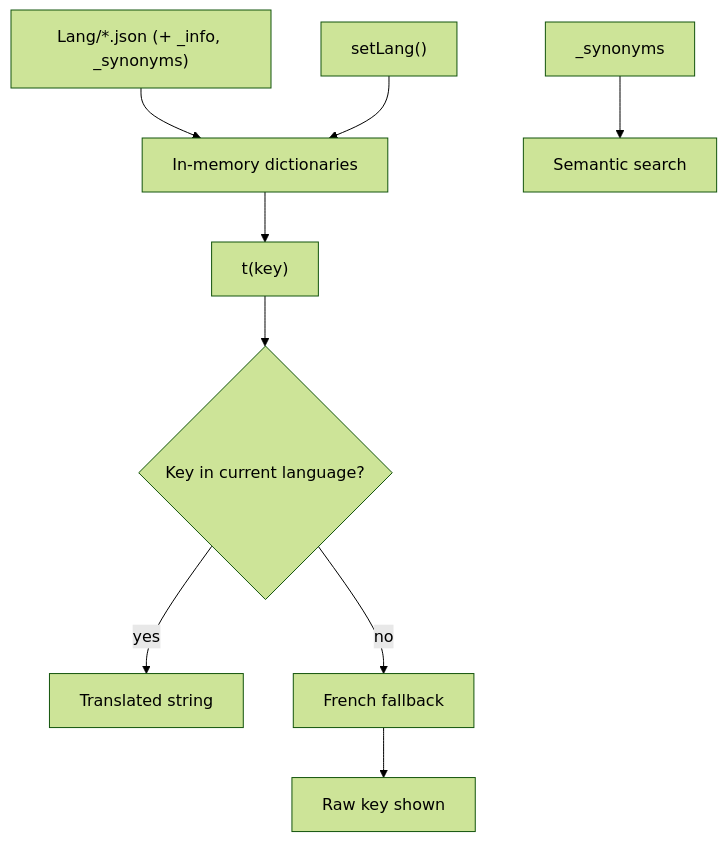
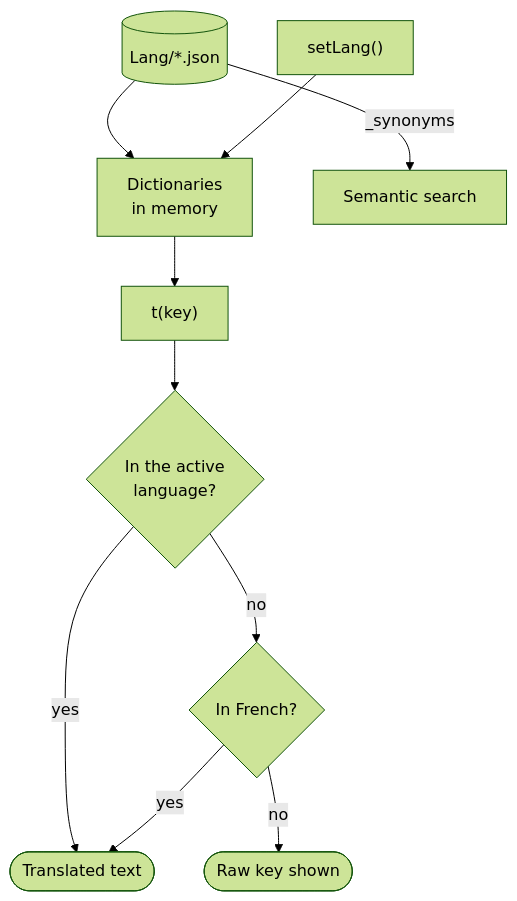
Before and after one commit to FreeProject089/BetterModsManager: the third of 3 diagrams in frontend/assets/docs/en/how-it-works/extending.md, drawn with Mermaid (forest theme). The commit also changed other lines of this file and 176 other files, not shown here.

````diff
--- a/frontend/assets/docs/en/how-it-works/extending.md
+++ b/frontend/assets/docs/en/how-it-works/extending.md
@@ -69,10 +79,12 @@
 ```mermaid
-graph TD
-    LANGFILES["Lang/*.json (+ _info, _synonyms)"] --> DICTS["In-memory dictionaries"]
+flowchart TD
+    LANGFILES[("Lang/*.json")] --> DICTS["Dictionaries<br/>in memory"]
+    SWITCH["setLang()"] --> DICTS
     DICTS --> T["t(key)"]
-    T --> CUR{Key in current language?}
-    CUR -- yes --> OUT["Translated string"]
-    CUR -- no --> FRFALL["French fallback"] --> RAWKEY["Raw key shown"]
-    SWITCH["setLang()"] --> DICTS
-    SYN["_synonyms"] --> SEARCH["Semantic search"]
+    T --> CUR{"In the active<br/>language?"}
+    CUR -- "yes" --> OUT(["Translated text"])
+    CUR -- "no" --> FR{"In French?"}
+    FR -- "yes" --> OUT
+    FR -- "no" --> RAW(["Raw key shown"])
+    LANGFILES -- "_synonyms" --> SEARCH["Semantic search"]
 ```
````
